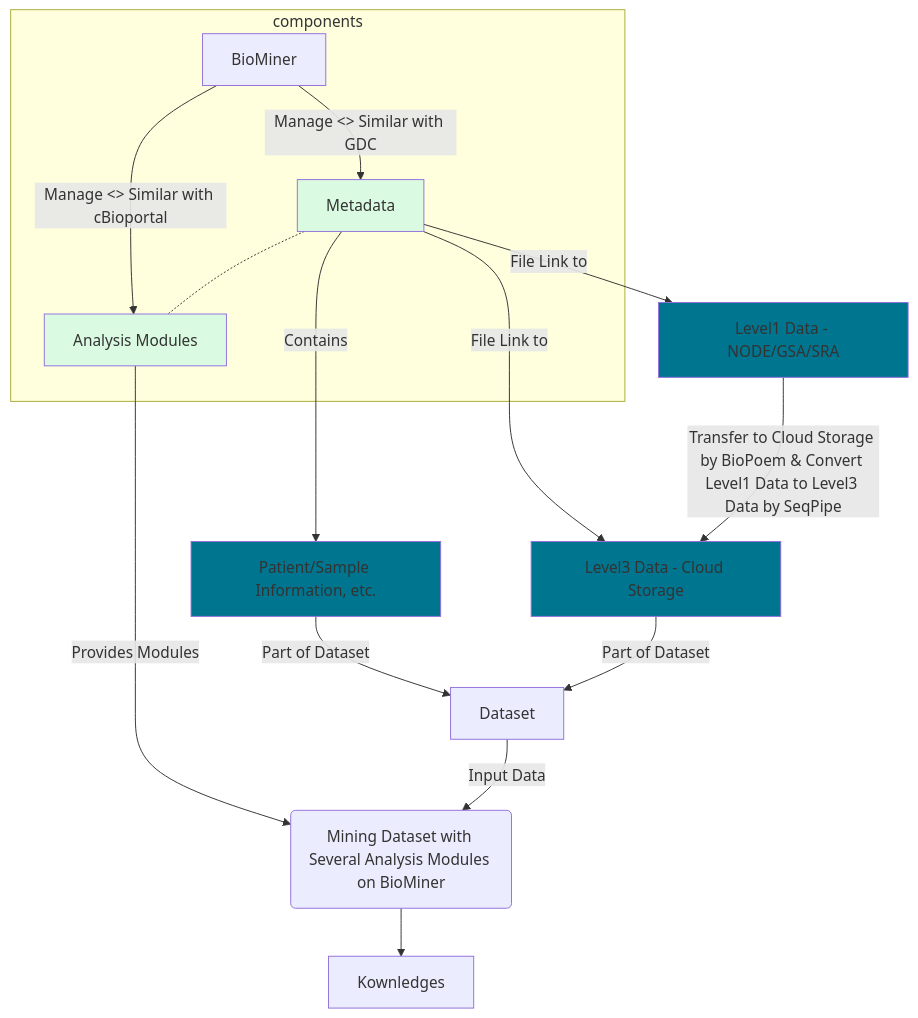
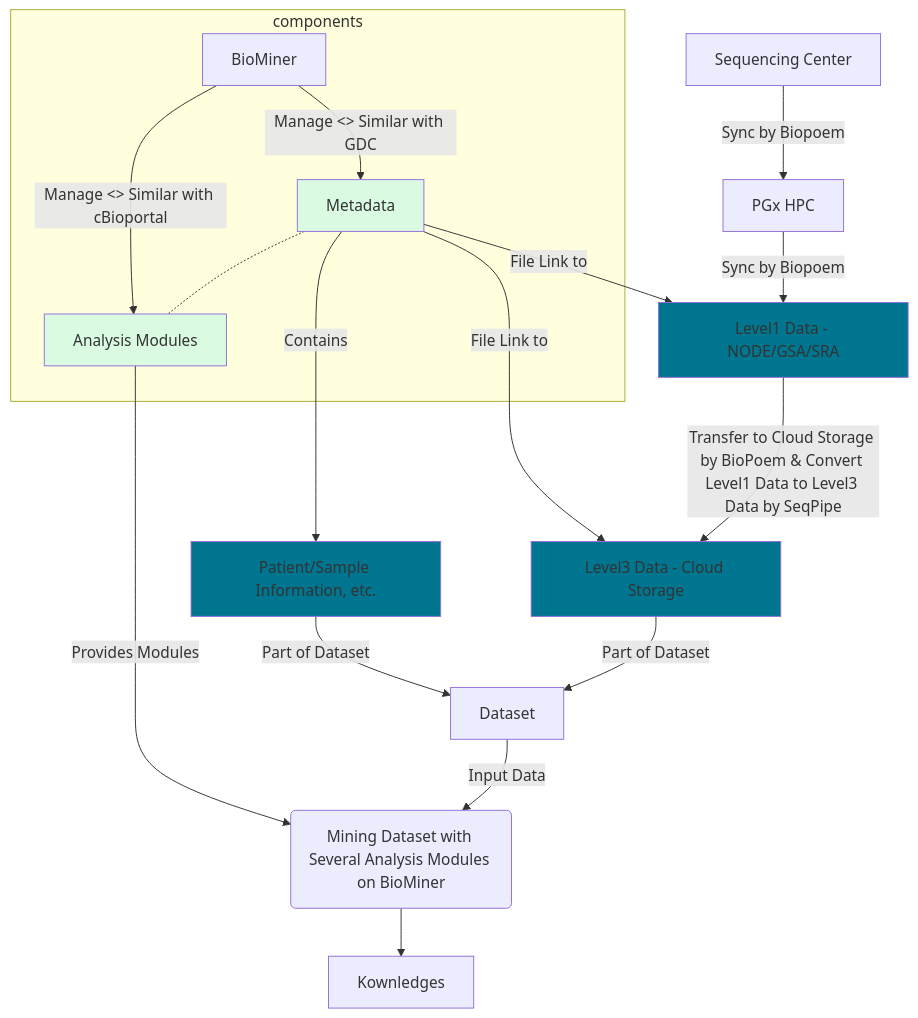
The second of 2 diagrams in profile/README.md (biominer-lab/.github), drawn with Mermaid before and after one commit. The commit also changed other lines of this file, not shown here.

Commit message:
Improve flowchart.

````diff
--- a/profile/README.md
+++ b/profile/README.md
@@ -82,24 +82,26 @@
 ```mermaid
 graph TD
     subgraph components
       BioMiner -- Manage <> Similar with GDC --> Metadata[Metadata];
       BioMiner -- Manage <> Similar with cBioportal --> AnalysisModules[Analysis Modules];
       Metadata -.- AnalysisModules;
     end
 
     Metadata -- Contains --> Info[Patient/Sample Information, etc.];
     Metadata -- File Link to --> Level1[Level1 Data - NODE/GSA/SRA];
     Metadata -- File Link to --> Level3[Level3 Data - Cloud Storage];
+    SeqSite[Sequencing Center] -- Sync by Biopoem --> HPC[PGx HPC];
+    HPC -- Sync by Biopoem --> Level1[Level1 Data - NODE/GSA/SRA];
     Level1 -- Transfer to Cloud Storage by BioPoem & Convert Level1 Data to Level3 Data by SeqPipe  --> Level3;
     AnalysisModules -- Provides Modules --> DownstreamAnalysis[Downstream Analysis];
     Info -- Part of Dataset --> Dataset;
     Level3 -- Part of Dataset --> Dataset;
     Dataset -- Input Data --> DownstreamAnalysis(Mining Dataset with Several Analysis Modules on BioMiner);
     DownstreamAnalysis --> Kownledges;
     
     style Level1 fill:#00758f;
     style Level3 fill:#00758f;
     style Info fill:#00758f;
     style Metadata fill:#dafbe1;
     style AnalysisModules fill:#dafbe1;
 ```
````
